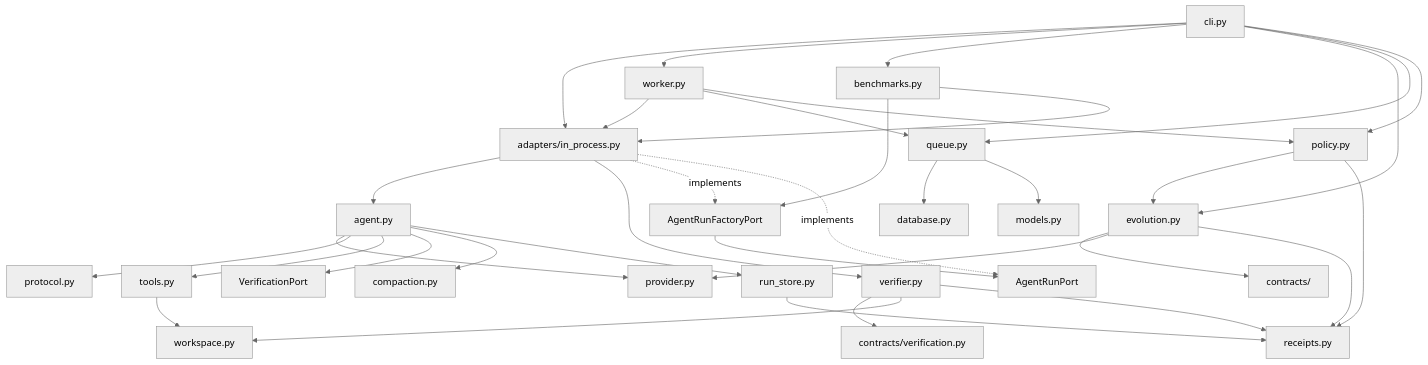
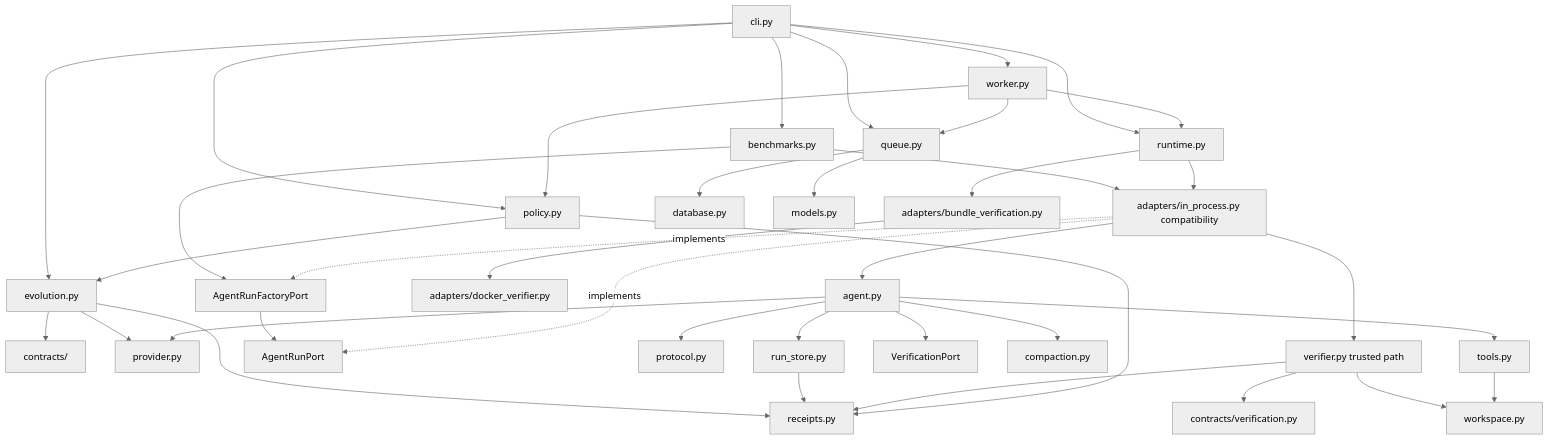
The second of 9 diagrams in docs/architecture-and-data-pipeline.md (jihkang/Sisyphus-Harness), drawn with Mermaid (neutral theme) before and after one commit. The commit also changed other lines of this file and 42 other files, not shown here.

````diff
--- a/docs/architecture-and-data-pipeline.md
+++ b/docs/architecture-and-data-pipeline.md
@@ -71,41 +74,44 @@
 ```mermaid
 flowchart TD
-    CLI["cli.py"] --> Adapter["adapters/in_process.py"]
+    CLI["cli.py"] --> Runtime["runtime.py"]
     CLI --> Worker["worker.py"]
     CLI --> Bench["benchmarks.py"]
     CLI --> Evolve["evolution.py"]
     CLI --> Queue["queue.py"]
     CLI --> Policy["policy.py"]
 
-    Worker --> Adapter
+    Worker --> Runtime
     Worker --> Queue
     Worker --> Policy
     Bench --> AgentFactory["AgentRunFactoryPort"]
-    Bench --> Adapter
+    Bench --> Adapter["adapters/in_process.py compatibility"]
     Evolve --> Contracts["contracts/"]
     Evolve --> Provider["provider.py"]
     Evolve --> Receipts["receipts.py"]
     Policy --> Evolve
 
+    Runtime --> Adapter
+    Runtime --> BundleAdapter["adapters/bundle_verification.py"]
+    BundleAdapter --> Docker["adapters/docker_verifier.py"]
     Adapter --> Agent["agent.py"]
-    Adapter --> Verifier["verifier.py"]
+    Adapter --> Verifier["verifier.py trusted path"]
     AgentFactory --> AgentPort["AgentRunPort"]
     Adapter -. implements .-> AgentFactory
     Adapter -. implements .-> AgentPort
 
     Agent --> Provider
     Agent --> Protocol["protocol.py"]
     Agent --> Tools["tools.py"]
     Agent --> VerificationPort["VerificationPort"]
     Agent --> Compact["compaction.py"]
     Agent --> RunStore["run_store.py"]
 
     Queue --> DB["database.py"]
     Queue --> Models["models.py"]
     Verifier --> VerificationContracts["contracts/verification.py"]
     Verifier --> Workspace["workspace.py"]
     Tools --> Workspace
     RunStore --> Receipts
     Verifier --> Receipts
     Policy --> Receipts
 ```
````
